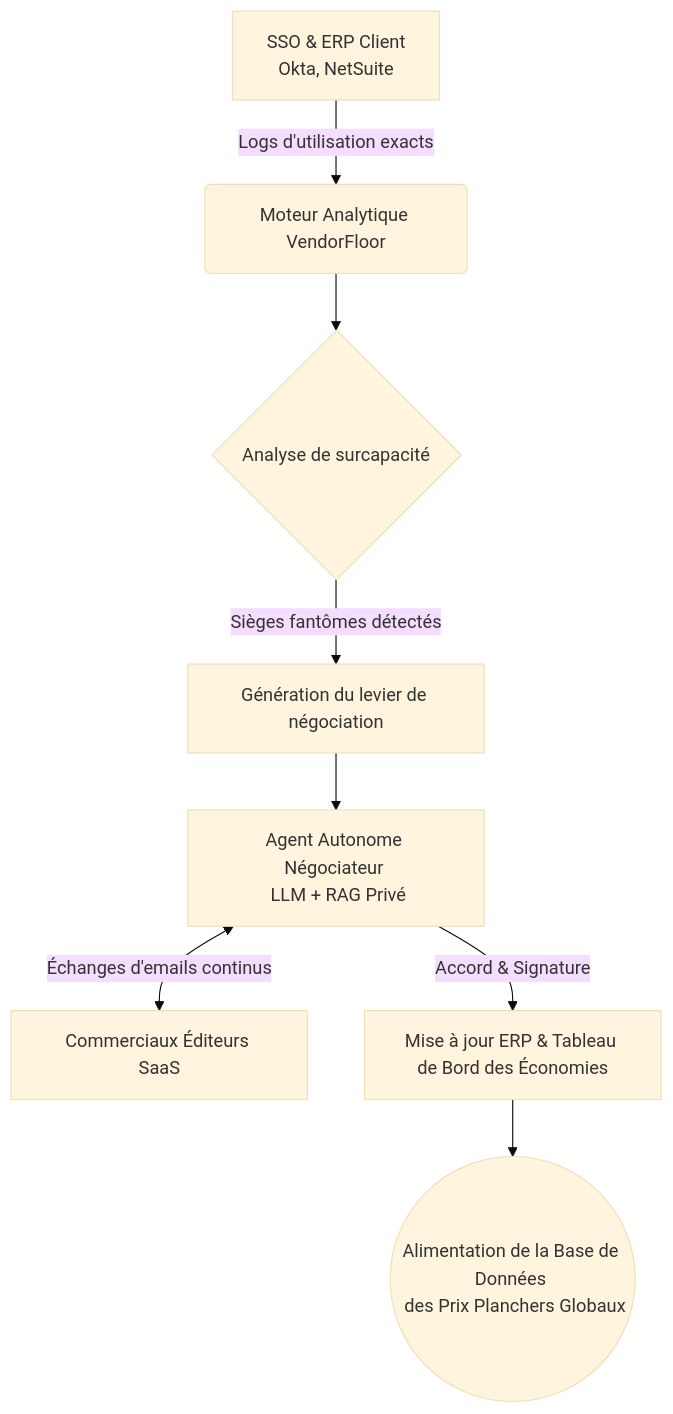
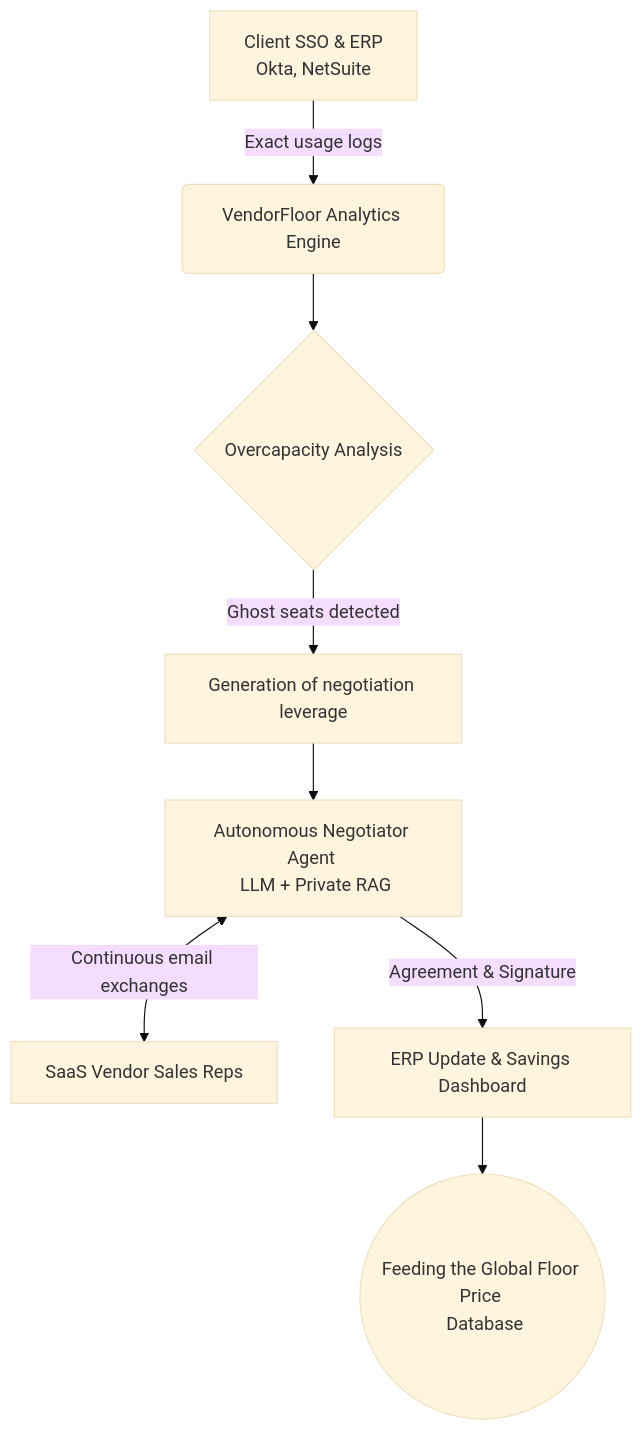
One commit to flouzzy/top-100-ai-startup-ideas changed the first of 2 diagrams in ideas/vendorfloor-ai/README.md. Above: the diagram before and after it, drawn with Mermaid (base theme). The commit also changed other lines of this file and 21 other files, not shown here.

````diff
--- a/ideas/vendorfloor-ai/README.md
+++ b/ideas/vendorfloor-ai/README.md
@@ -18,10 +17,10 @@
 ```mermaid
 graph TD
-    A[SSO & ERP Client <br/> Okta, NetSuite] -->|Logs d'utilisation exacts| B(Moteur Analytique VendorFloor)
-    B --> C{Analyse de surcapacité}
-    C -->|Sièges fantômes détectés| D[Génération du levier de négociation]
-    D --> E[Agent Autonome Négociateur <br/> LLM + RAG Privé]
-    E <-->|Échanges d'emails continus| F[Commerciaux Éditeurs SaaS]
-    E -->|Accord & Signature| G[Mise à jour ERP & Tableau de Bord des Économies]
-    G --> H((Alimentation de la Base de Données <br/> des Prix Planchers Globaux))
+    A[Client SSO & ERP <br/> Okta, NetSuite] -->|Exact usage logs| B(VendorFloor Analytics Engine)
+    B --> C{Overcapacity Analysis}
+    C -->|Ghost seats detected| D[Generation of negotiation leverage]
+    D --> E[Autonomous Negotiator Agent <br/> LLM + Private RAG]
+    E <-->|Continuous email exchanges| F[SaaS Vendor Sales Reps]
+    E -->|Agreement & Signature| G[ERP Update & Savings Dashboard]
+    G --> H((Feeding the Global Floor Price <br/> Database))
 ```
````
